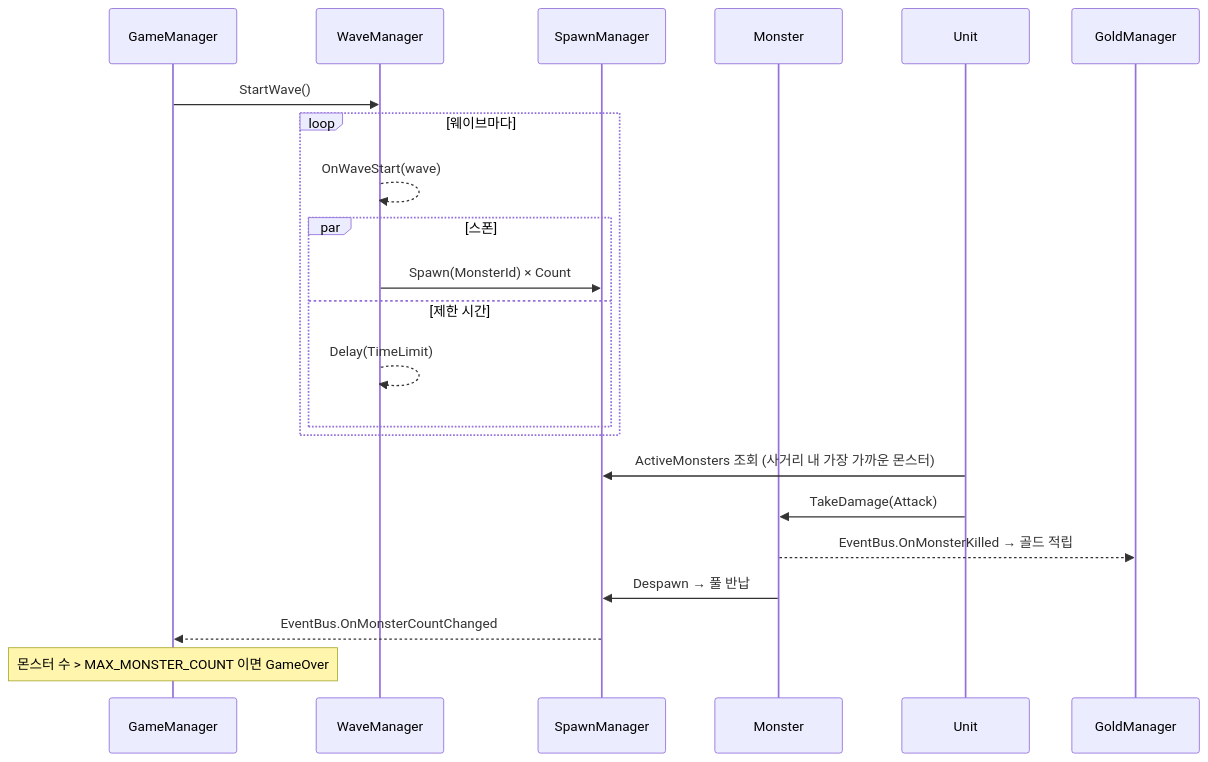
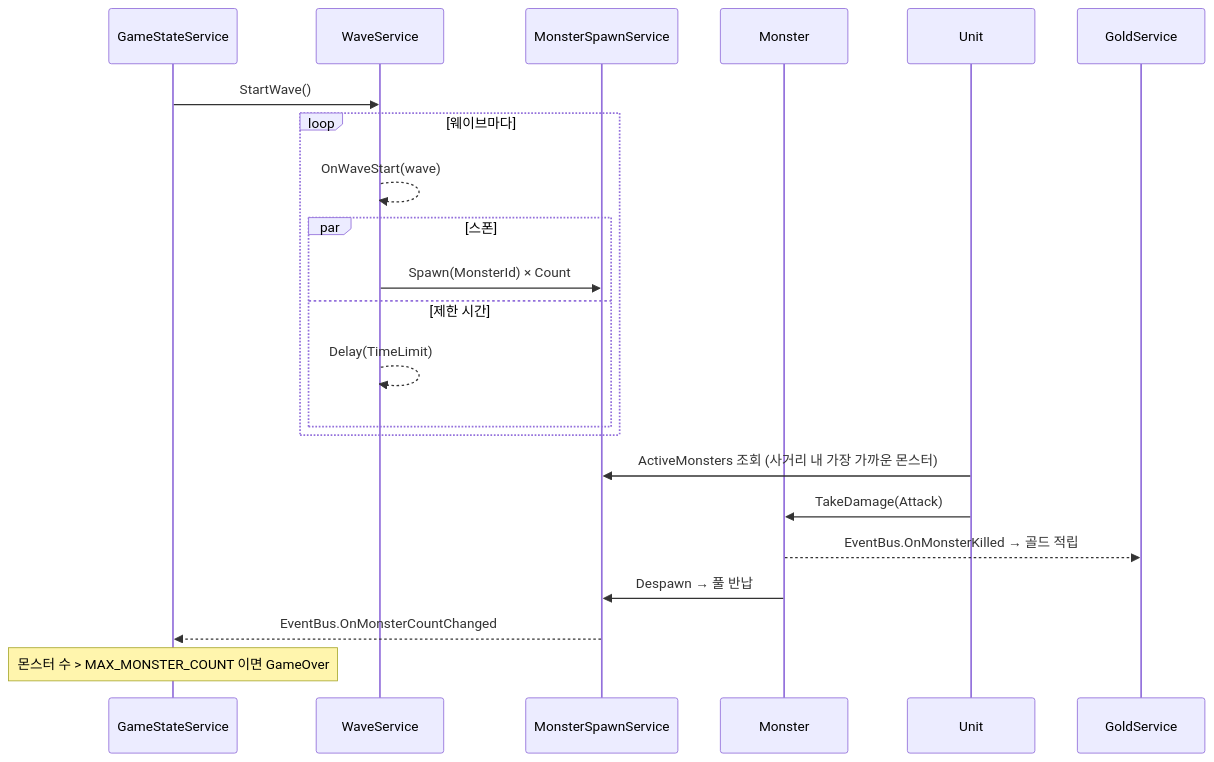
Before and after one commit to UihwanLee/CasualGameProject: the fourth of 4 diagrams in Docs/Design/02_클라이언트_아키텍처.md, drawn with Mermaid. The commit also changed other lines of this file and 1 other file, not shown here.

````diff
--- a/Docs/Design/02_클라이언트_아키텍처.md
+++ b/Docs/Design/02_클라이언트_아키텍처.md
@@ -130,25 +183,25 @@
 ```mermaid
 sequenceDiagram
-    participant GM as GameManager
-    participant WM as WaveManager
-    participant SM as SpawnManager
+    participant GS as GameStateService
+    participant WS as WaveService
+    participant MS as MonsterSpawnService
     participant M as Monster
     participant U as Unit
-    participant Gold as GoldManager
+    participant Gold as GoldService
 
-    GM->>WM: StartWave()
+    GS->>WS: StartWave()
     loop 웨이브마다
-        WM-->>WM: OnWaveStart(wave)
+        WS-->>WS: OnWaveStart(wave)
         par 스폰
-            WM->>SM: Spawn(MonsterId) × Count
+            WS->>MS: Spawn(MonsterId) × Count
         and 제한 시간
-            WM-->>WM: Delay(TimeLimit)
+            WS-->>WS: Delay(TimeLimit)
         end
     end
-    U->>SM: ActiveMonsters 조회 (사거리 내 가장 가까운 몬스터)
+    U->>MS: ActiveMonsters 조회 (사거리 내 가장 가까운 몬스터)
     U->>M: TakeDamage(Attack)
     M-->>Gold: EventBus.OnMonsterKilled → 골드 적립
-    M->>SM: Despawn → 풀 반납
-    SM-->>GM: EventBus.OnMonsterCountChanged
-    Note over GM: 몬스터 수 > MAX_MONSTER_COUNT 이면 GameOver
+    M->>MS: Despawn → 풀 반납
+    MS-->>GS: EventBus.OnMonsterCountChanged
+    Note over GS: 몬스터 수 > MAX_MONSTER_COUNT 이면 GameOver
 ```
````
